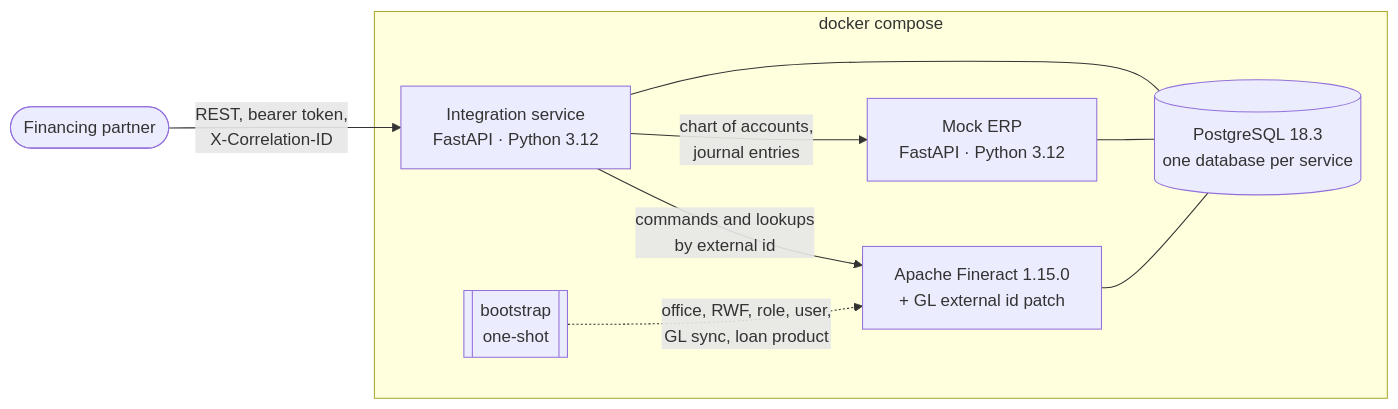
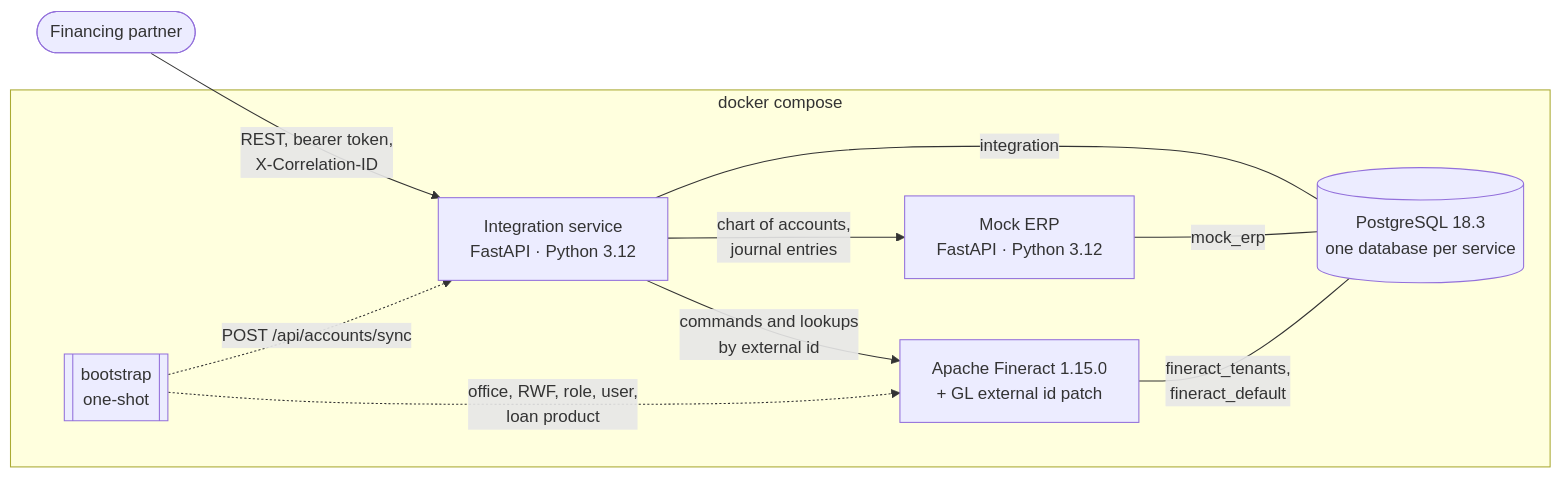
Before and after one commit to asopiah/fineract-erp-integration: the first of 3 diagrams in ARCHITECTURE.md, drawn with Mermaid. The commit also changed other lines of this file and 4 other files, not shown here.

````diff
--- a/ARCHITECTURE.md
+++ b/ARCHITECTURE.md
@@ -5,17 +5,18 @@
 ```mermaid
 flowchart LR
     partner([Financing partner]) -- REST, bearer token,<br/>X-Correlation-ID --> integration
     subgraph stack [docker compose]
         integration[Integration service<br/>FastAPI · Python 3.12]
         erp[Mock ERP<br/>FastAPI · Python 3.12]
         fineract[Apache Fineract 1.15.0<br/>+ GL external id patch]
         db[(PostgreSQL 18.3<br/>one database per service)]
         bootstrap[[bootstrap<br/>one-shot]]
     end
     integration -- commands and lookups<br/>by external id --> fineract
     integration -- chart of accounts,<br/>journal entries --> erp
-    bootstrap -. office, RWF, role, user,<br/>GL sync, loan product .-> fineract
-    integration --- db
-    erp --- db
-    fineract --- db
+    bootstrap -. office, RWF, role, user,<br/>loan product .-> fineract
+    bootstrap -. POST /api/accounts/sync .-> integration
+    integration -- integration --- db
+    erp -- mock_erp --- db
+    fineract -- fineract_tenants,<br/>fineract_default --- db
 ```
````
